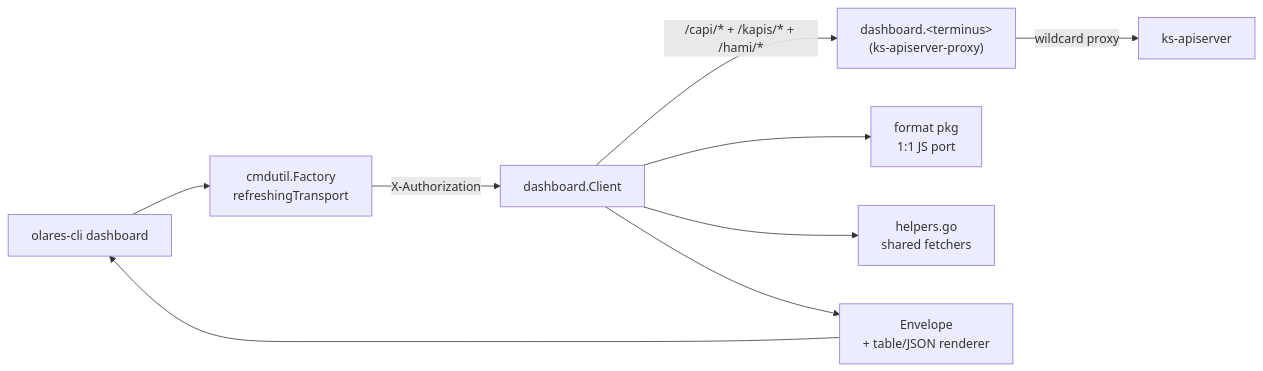
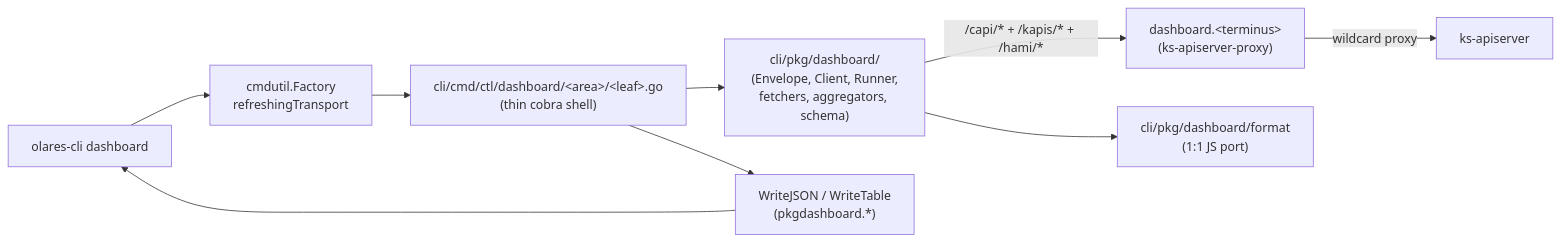
One commit to beclab/Olares changed the first of 2 diagrams in cli/skills/olares-dashboard/SKILL.md. Above: the diagram before and after it, drawn with Mermaid. The commit also changed other lines of this file and 84 other files, not shown here.

````diff
--- a/cli/skills/olares-dashboard/SKILL.md
+++ b/cli/skills/olares-dashboard/SKILL.md
@@ -29,11 +36,11 @@
 ```mermaid
 flowchart LR
     User[olares-cli dashboard <verb>] --> Factory[cmdutil.Factory<br/>refreshingTransport]
-    Factory -->|X-Authorization| Client[dashboard.Client]
-    Client -->|/capi/* + /kapis/* + /hami/*| BFF["dashboard.&lt;terminus&gt;<br/>(ks-apiserver-proxy)"]
+    Factory --> CmdShell["cli/cmd/ctl/dashboard/&lt;area&gt;/&lt;leaf&gt;.go<br/>(thin cobra shell)"]
+    CmdShell --> PkgCore["cli/pkg/dashboard/<br/>(Envelope, Client, Runner,<br/>fetchers, aggregators, schema)"]
+    PkgCore -->|/capi/* + /kapis/* + /hami/*| BFF["dashboard.&lt;terminus&gt;<br/>(ks-apiserver-proxy)"]
     BFF -->|wildcard proxy| KsAPI[ks-apiserver]
-    Client --> Format[format pkg<br/>1:1 JS port]
-    Client --> Helpers[helpers.go<br/>shared fetchers]
-    Client --> Output[Envelope<br/>+ table/JSON renderer]
+    PkgCore --> Format["cli/pkg/dashboard/format<br/>(1:1 JS port)"]
+    CmdShell --> Output["WriteJSON / WriteTable<br/>(pkgdashboard.*)"]
     Output --> User
 ```
````
